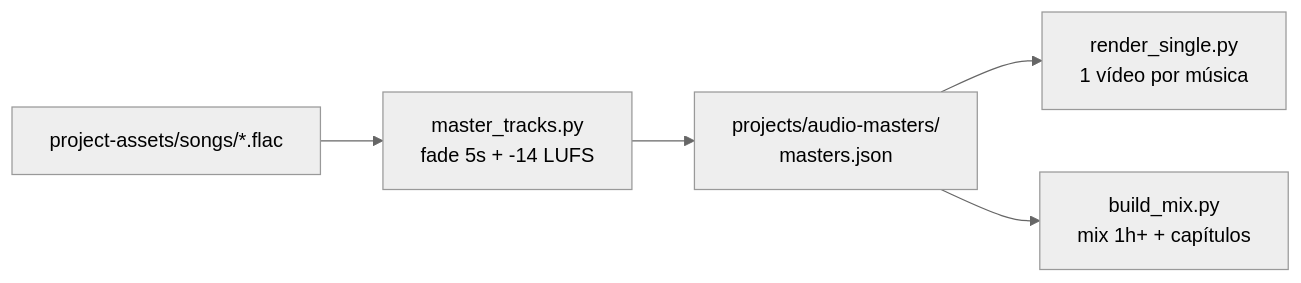
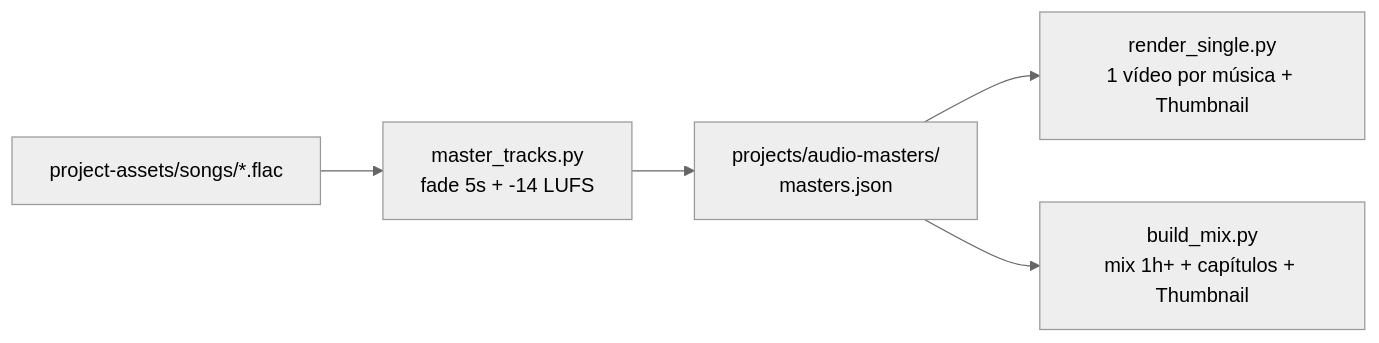
Before and after one commit to sharksurfer/funky-destiny: the diagram in HOW_TO_USE.md, drawn with Mermaid (neutral theme). The commit also changed other lines of this file and 20 other files, not shown here.

````diff
--- a/HOW_TO_USE.md
+++ b/HOW_TO_USE.md
@@ -57,7 +58,7 @@
 ```mermaid
 flowchart LR
   A["project-assets/songs/*.flac"] --> B["master_tracks.py<br/>fade 5s + -14 LUFS"]
   B --> C["projects/audio-masters/<br/>masters.json"]
-  C --> D["render_single.py<br/>1 vídeo por música"]
-  C --> E["build_mix.py<br/>mix 1h+ + capítulos"]
+  C --> D["render_single.py<br/>1 vídeo por música + Thumbnail"]
+  C --> E["build_mix.py<br/>mix 1h+ + capítulos + Thumbnail"]
 ```
````
